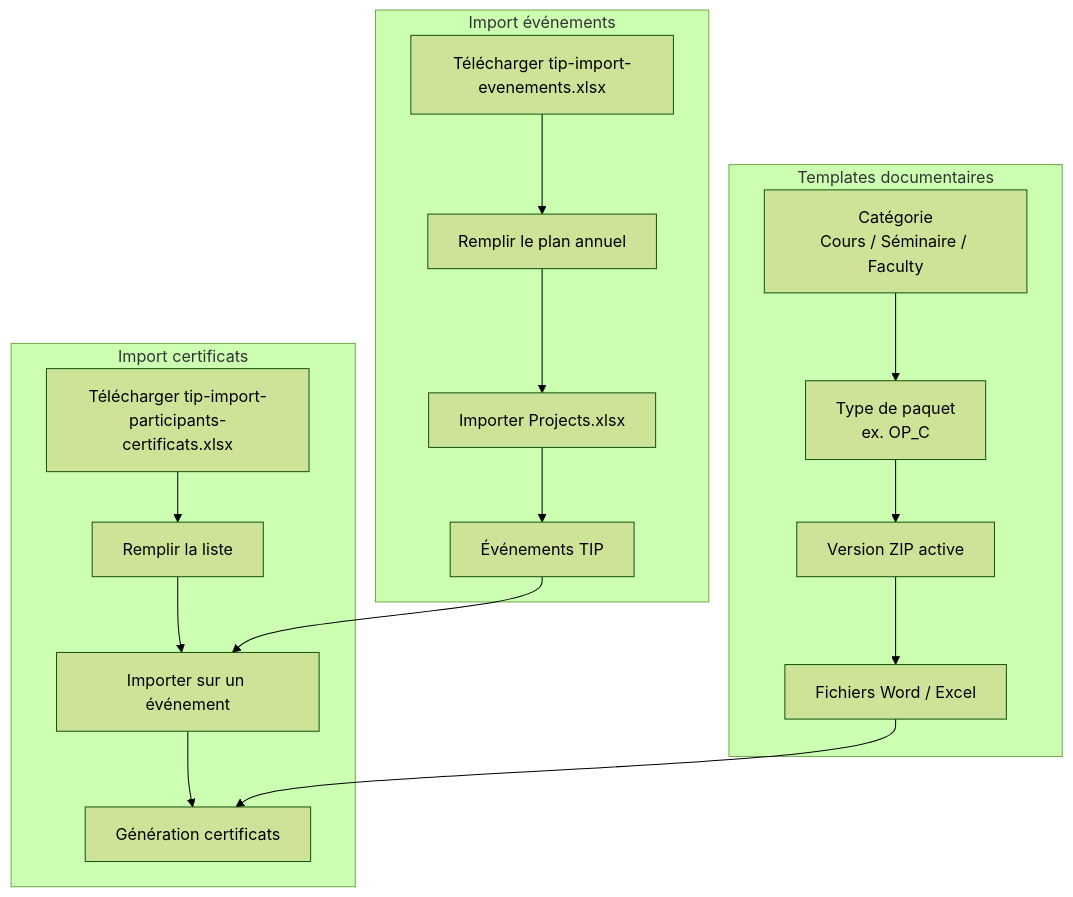
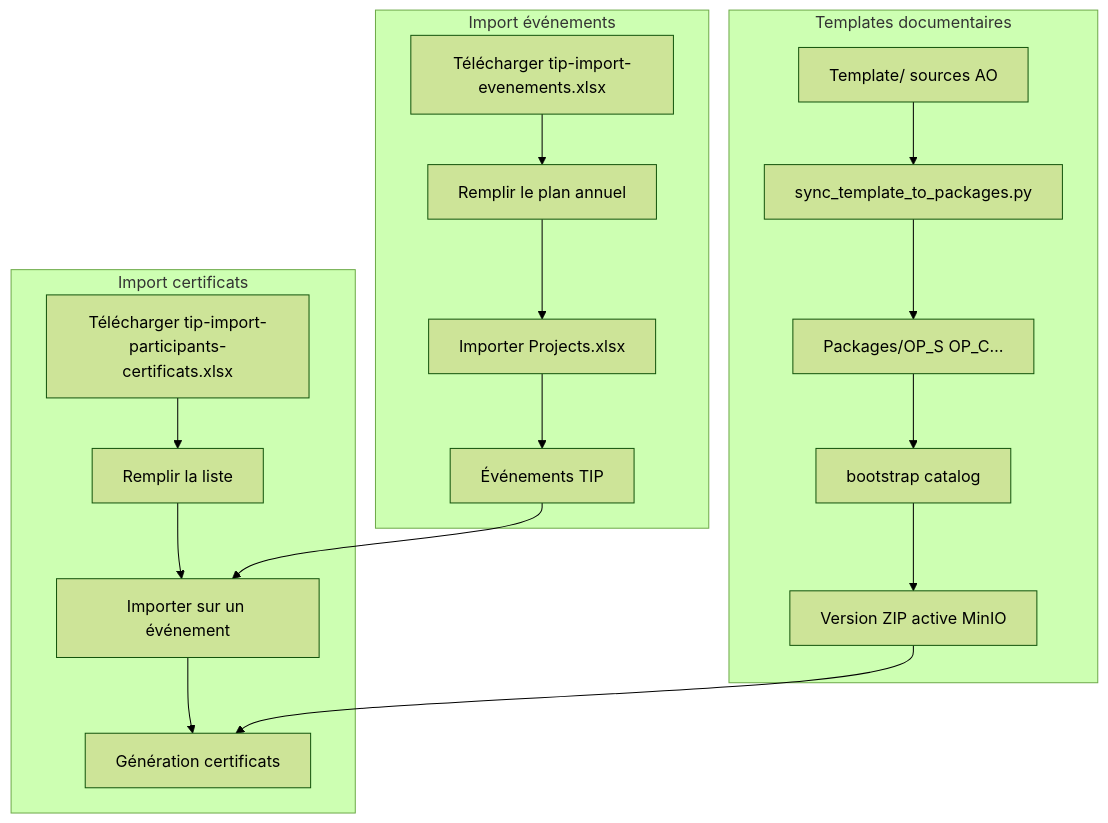
Before and after one commit to Kseme277/traumatec-impact-platform: the diagram in docs/import-templates-flow.md, drawn with Mermaid (forest theme). The commit also changed other lines of this file and 13 other files, not shown here.

First line of the commit message:
feat: sync Template→Packages, modèles Excel TIP et déploiement documenté

````diff
--- a/docs/import-templates-flow.md
+++ b/docs/import-templates-flow.md
@@ -5,23 +5,24 @@
 ```mermaid
 flowchart TB
   subgraph templates [Templates documentaires]
-    A[Catégorie<br/>Cours / Séminaire / Faculty] --> B[Type de paquet<br/>ex. OP_C]
-    B --> C[Version ZIP active]
-    C --> D[Fichiers Word / Excel]
+    T0[Template/ sources AO] --> T1[sync_template_to_packages.py]
+    T1 --> T2[Packages/OP_S OP_C…]
+    T2 --> T3[bootstrap catalog]
+    T3 --> T4[Version ZIP active MinIO]
   end
 
   subgraph events [Import événements]
     E1[Télécharger tip-import-evenements.xlsx] --> E2[Remplir le plan annuel]
     E2 --> E3[Importer Projects.xlsx]
     E3 --> E4[Événements TIP]
   end
 
   subgraph participants [Import certificats]
     P1[Télécharger tip-import-participants-certificats.xlsx] --> P2[Remplir la liste]
     P2 --> P3[Importer sur un événement]
     P3 --> P4[Génération certificats]
   end
 
-  D --> P4
+  T4 --> P4
   E4 --> P3
 ```
````
